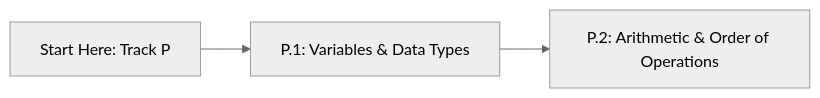
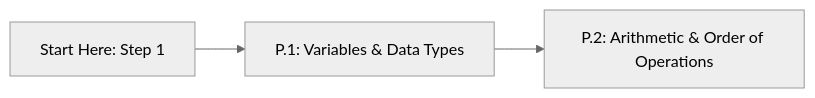
One commit to TLE47/Mechatronics-Roadmap changed the diagram in track-p/P.1-variables-and-data-types.md. Above: the diagram before and after it, drawn with Mermaid (neutral theme). The commit also changed other lines of this file and 29 other files, not shown here.

````diff
--- a/track-p/P.1-variables-and-data-types.md
+++ b/track-p/P.1-variables-and-data-types.md
@@ -28,5 +30,5 @@
 ```mermaid
 flowchart LR
-    Start["Start Here: Track P"] --> P1["P.1: Variables & Data Types"]
+    Start["Start Here: Step 1"] --> P1["P.1: Variables & Data Types"]
     P1 --> P2["P.2: Arithmetic & Order of Operations"]
 ```
````
